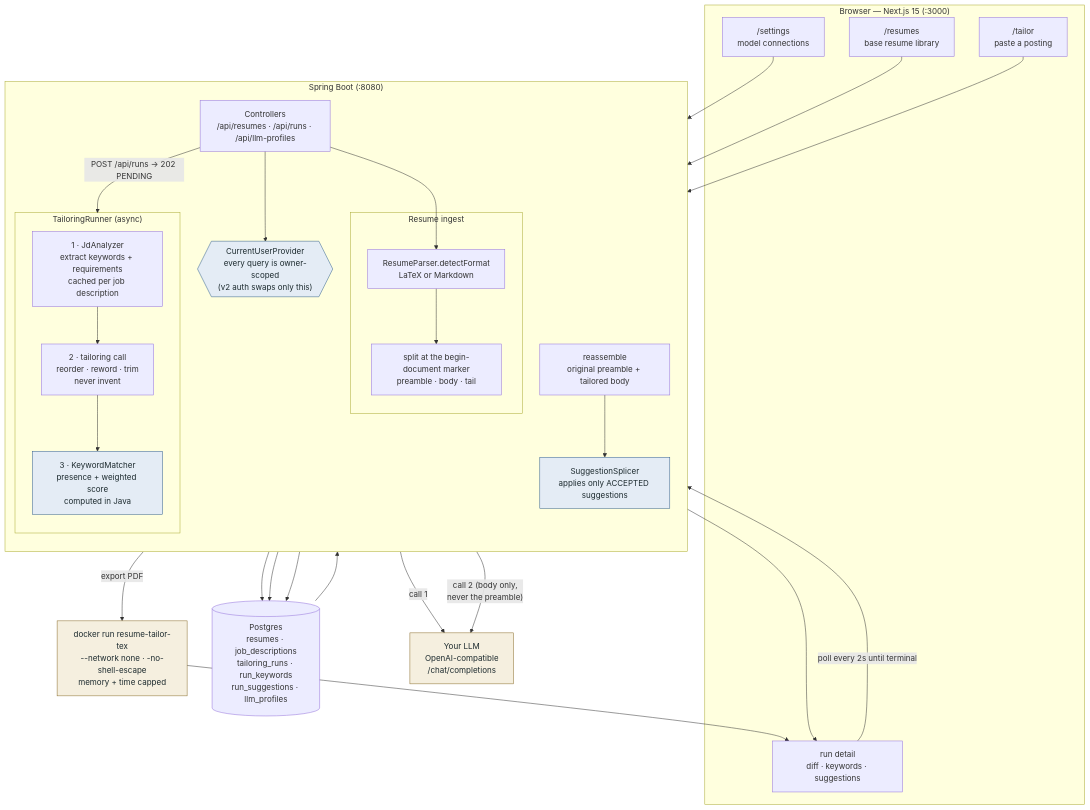
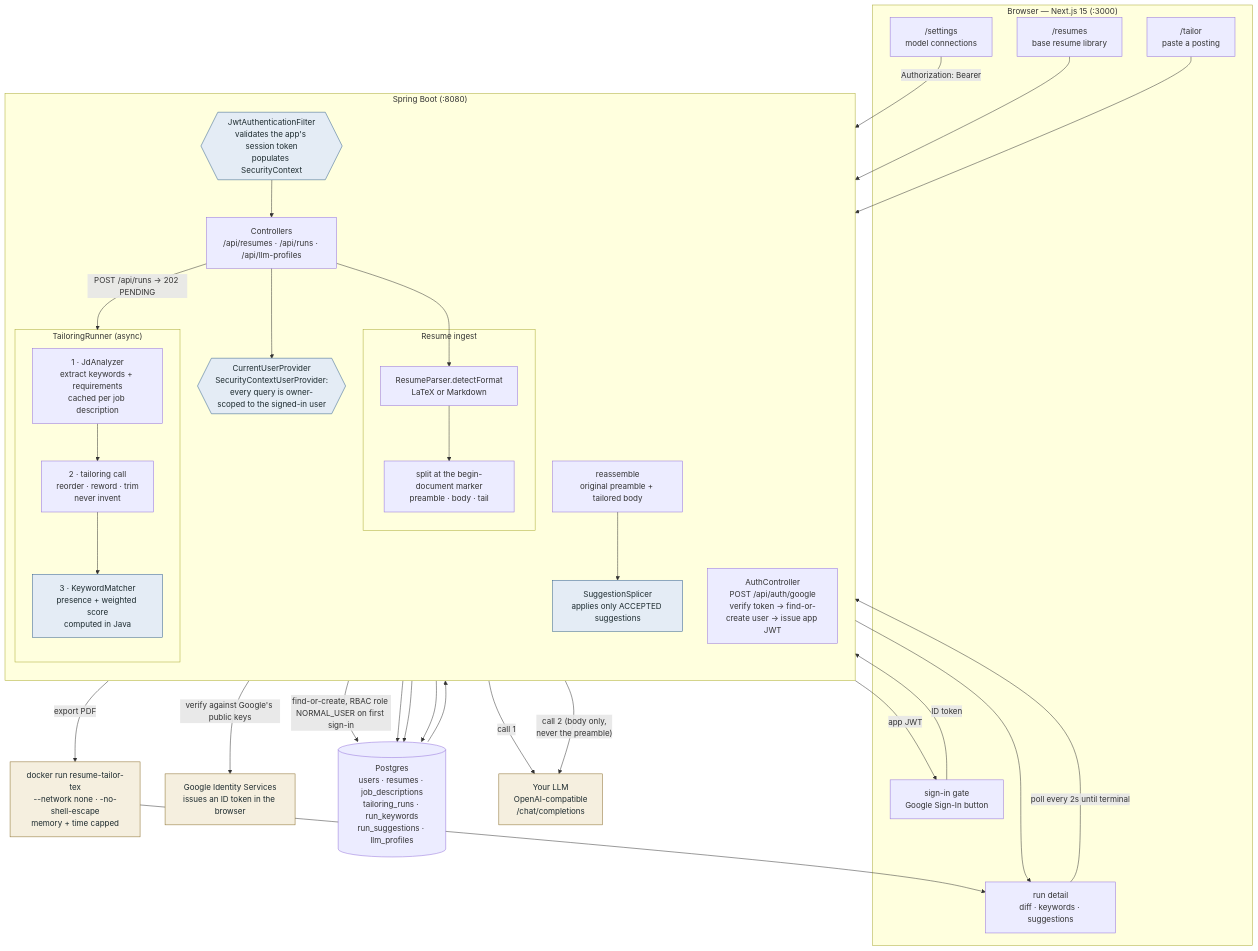
The diagram in product-architecture-flowchart.mmd (anushibinj/resume-tailor), drawn with Mermaid before and after one commit. The commit also changed 3 other files, not shown here.

Commit message:
docs: document Google Sign-In + RBAC setup and update the architecture flowchart

```diff
--- a/product-architecture-flowchart.mmd
+++ b/product-architecture-flowchart.mmd
@@ -1,55 +1,66 @@
 %% Resume Tailor — how a tailoring run flows through the system.
 %% Keep this in sync with code changes (see CLAUDE.md).
 flowchart TB
+    google["Google Identity Services<br/>issues an ID token in the browser"]
+
     subgraph browser["Browser — Next.js 15 (:3000)"]
+        signin["sign-in gate<br/>Google Sign-In button"]
         settings["/settings<br/>model connections"]
         resumes["/resumes<br/>base resume library"]
         tailor["/tailor<br/>paste a posting"]
         runview["run detail<br/>diff · keywords · suggestions"]
     end
 
     subgraph api["Spring Boot (:8080)"]
         direction TB
+        authctrl["AuthController<br/>POST /api/auth/google<br/>verify token → find-or-create user → issue app JWT"]
+        jwtfilter{{"JwtAuthenticationFilter<br/>validates the app's session token<br/>populates SecurityContext"}}
         ctrl["Controllers<br/>/api/resumes · /api/runs · /api/llm-profiles"]
-        owner{{"CurrentUserProvider<br/>every query is owner-scoped<br/>(v2 auth swaps only this)"}}
+        owner{{"CurrentUserProvider<br/>SecurityContextUserProvider:<br/>every query is owner-scoped to the signed-in user"}}
 
         subgraph ingest["Resume ingest"]
             detect["ResumeParser.detectFormat<br/>LaTeX or Markdown"]
             split["split at the begin-document marker<br/>preamble · body · tail"]
         end
 
         subgraph pipeline["TailoringRunner (async)"]
             analyse["1 · JdAnalyzer<br/>extract keywords + requirements<br/>cached per job description"]
             rewrite["2 · tailoring call<br/>reorder · reword · trim<br/>never invent"]
             match["3 · KeywordMatcher<br/>presence + weighted score<br/>computed in Java"]
         end
 
         rebuild["reassemble<br/>original preamble + tailored body"]
         splice["SuggestionSplicer<br/>applies only ACCEPTED suggestions"]
     end
 
-    db[("Postgres<br/>resumes · job_descriptions<br/>tailoring_runs · run_keywords<br/>run_suggestions · llm_profiles")]
+    db[("Postgres<br/>users · resumes · job_descriptions<br/>tailoring_runs · run_keywords<br/>run_suggestions · llm_profiles")]
     llm["Your LLM<br/>OpenAI-compatible<br/>/chat/completions"]
     tex["docker run resume-tailor-tex<br/>--network none · -no-shell-escape<br/>memory + time capped"]
 
-    settings --> ctrl
-    resumes --> ctrl
-    tailor --> ctrl
+    signin -- "ID token" --> authctrl
+    authctrl -- "verify against Google's public keys" --> google
+    authctrl -- "find-or-create, RBAC role NORMAL_USER on first sign-in" --> db
+    authctrl -- "app JWT" --> signin
+
+    settings -- "Authorization: Bearer <app JWT>" --> jwtfilter
+    resumes --> jwtfilter
+    tailor --> jwtfilter
+    jwtfilter --> ctrl
     ctrl --> owner
     owner --> db
 
     ctrl --> detect --> split --> db
 
     ctrl -- "POST /api/runs → 202 PENDING" --> pipeline
     analyse -- "call 1" --> llm
     rewrite -- "call 2 (body only,<br/>never the preamble)" --> llm
     analyse --> rewrite --> match --> db
 
     runview -- "poll every 2s until terminal" --> ctrl
     db --> rebuild --> splice --> runview
     splice -- "export PDF" --> tex --> runview
 
     classDef guard fill:#e4ecf5,stroke:#2f5d8c,color:#1d2b2f;
     classDef external fill:#f5efdf,stroke:#8a6d2b,color:#1d2b2f;
-    class owner,match,splice guard;
-    class llm,tex external;
+    class owner,jwtfilter,match,splice guard;
+    class llm,tex,google external;
```
